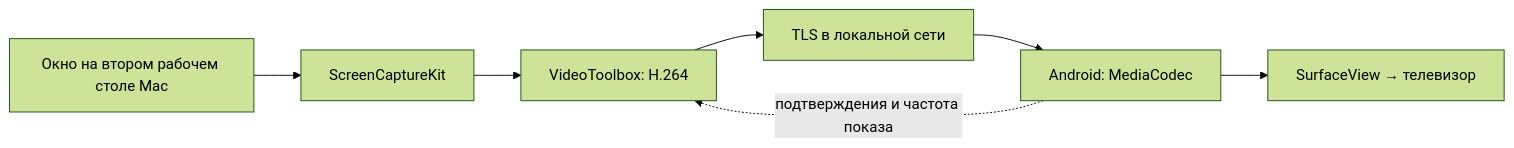
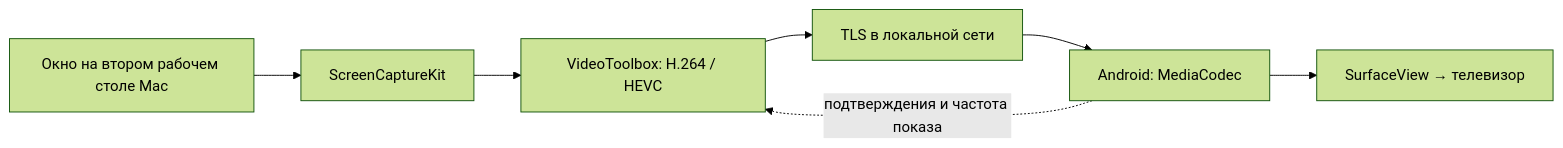
Before and after one commit to dimsankzn-ui/blue-screen: the diagram in README.md, drawn with Mermaid (forest theme). The commit also changed other lines of this file and 29 other files, not shown here.

````diff
--- a/README.md
+++ b/README.md
@@ -28,9 +30,9 @@
 ```mermaid
 flowchart LR
     A[Окно на втором рабочем столе Mac] --> B[ScreenCaptureKit]
-    B --> C[VideoToolbox: H.264]
+    B --> C[VideoToolbox: H.264 / HEVC]
     C --> D[TLS в локальной сети]
     D --> E[Android: MediaCodec]
     E --> F[SurfaceView → телевизор]
     E -. подтверждения и частота показа .-> C
 ```
````
